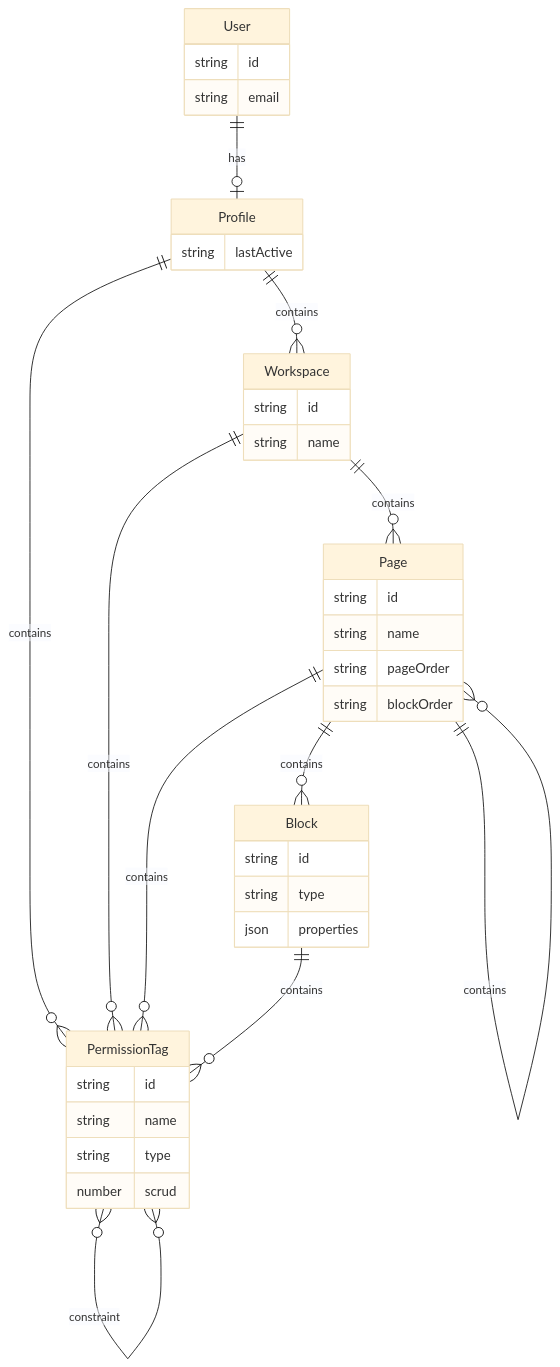
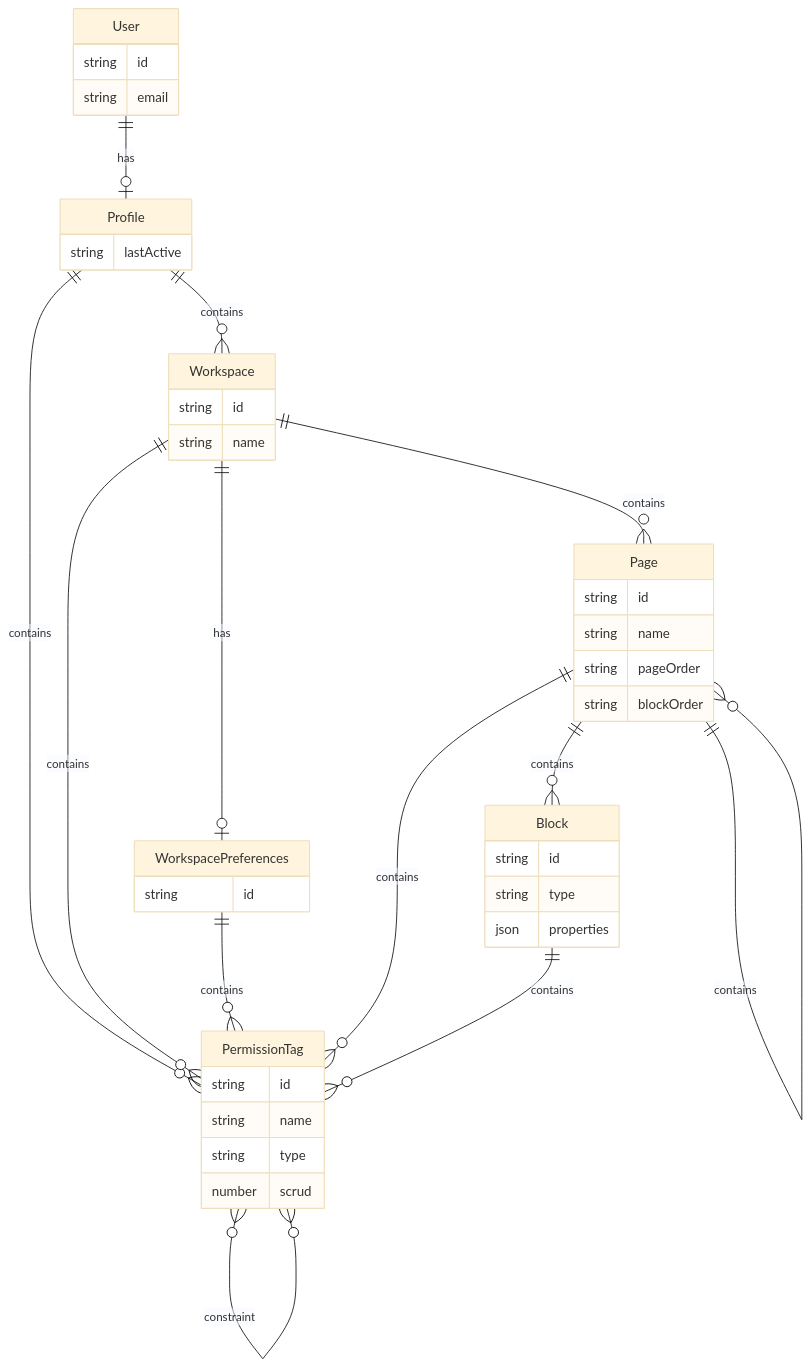
Before and after one commit to idealjs/chao-feng: the first of 2 diagrams in docs/er.md, drawn with Mermaid (base theme).

Commit message:
docs: add workspace preferences

````diff
--- a/docs/er.md
+++ b/docs/er.md
@@ -1,48 +1,54 @@
 ```mermaid
 erDiagram
 
 User {
 	string id
 	string email
 }
 
 Profile {
 	string lastActive
 }
 
 PermissionTag {
   string id
   string name
   string type
   number scrud
 }
 
 Workspace {
   string id
   string name
 }
 
+WorkspacePreferences {
+  string id
+}
+
 Page {
   string id
   string name
   string pageOrder
   string blockOrder
 }
 
 Block {
   string id
   string type
   json properties
 }
 
 User ||--o| Profile: has
 Profile ||--o{ Workspace : contains
 Profile ||--o{ PermissionTag : contains
 Workspace ||--o{ PermissionTag : contains
 Workspace ||--o{ Page : contains
+Workspace ||--o| WorkspacePreferences: has
+WorkspacePreferences ||--o{ PermissionTag : contains
 Page ||--o{ Block : contains
 Page ||--o{ Page : contains
 Page ||--o{ PermissionTag : contains
 Block ||--o{ PermissionTag : contains
 PermissionTag }o--o{ PermissionTag: constraint
 ```
````
